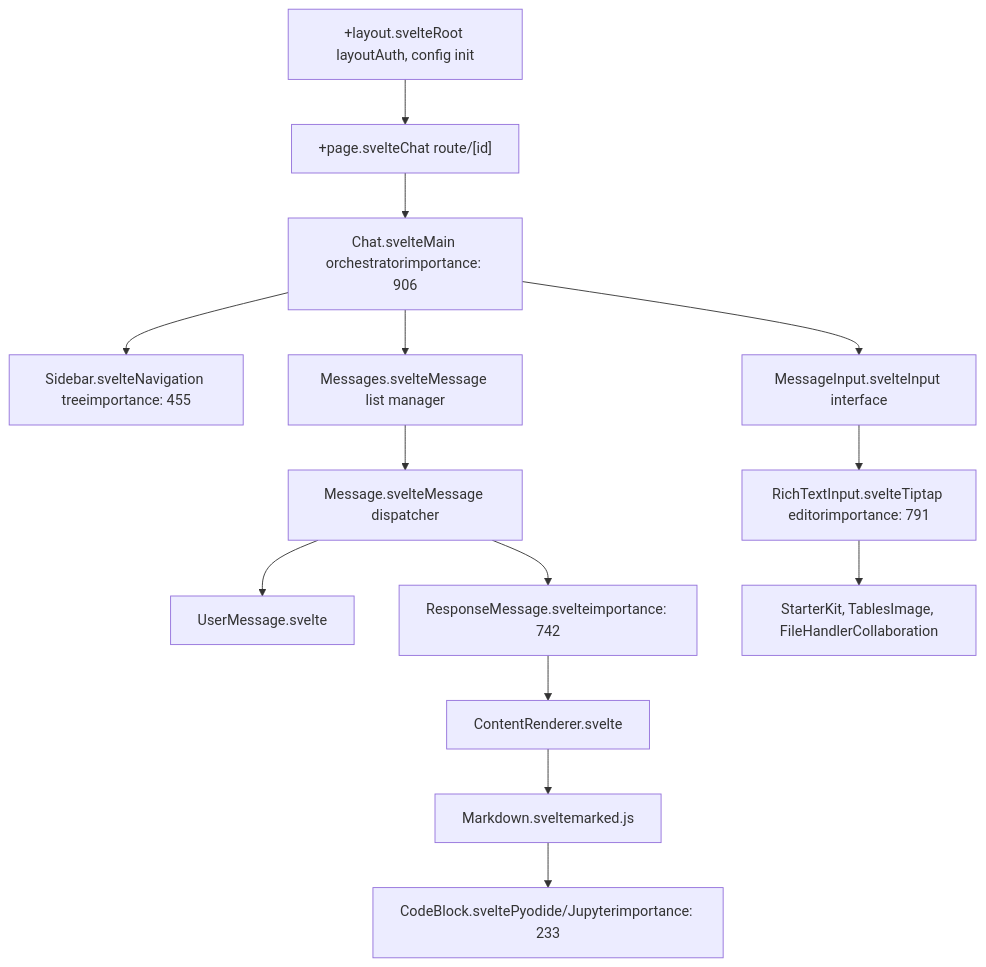
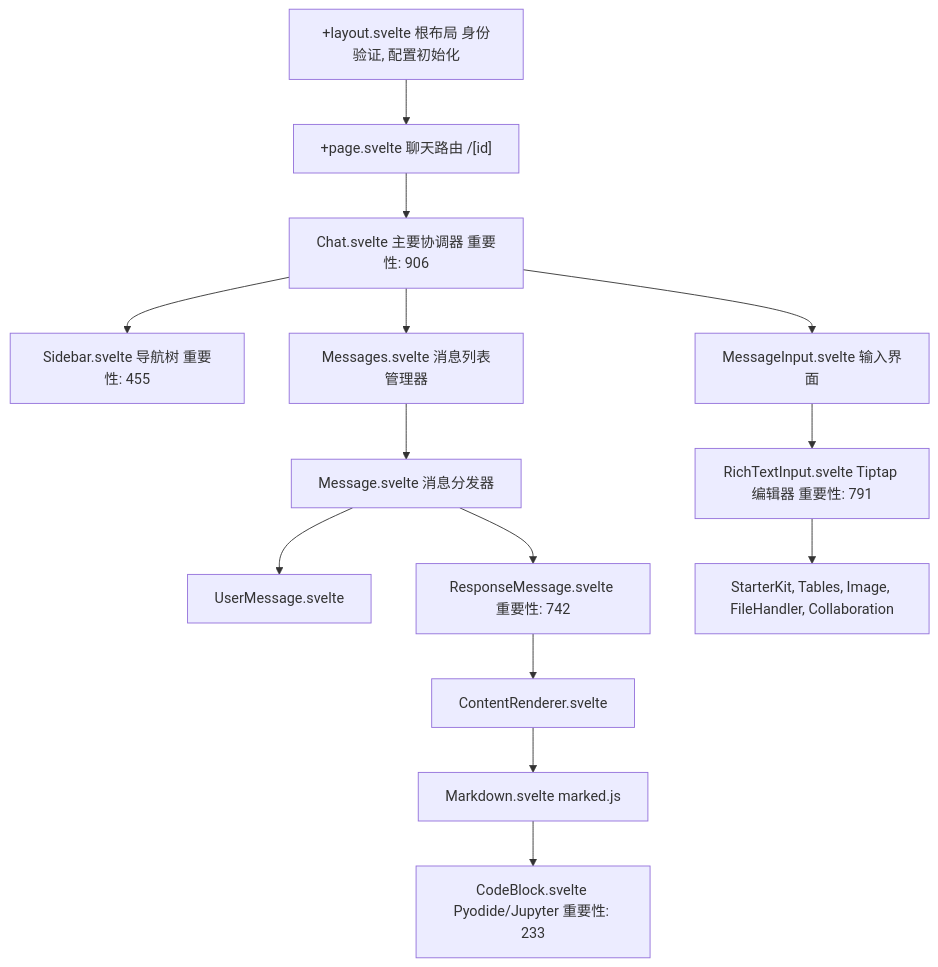
One commit to Chesszyh/Wiki changed the sixth of 7 diagrams in tests/open-webui_deepwiki/zh/1-overview.md. Above: the diagram before and after it, drawn with Mermaid. The commit also changed other lines of this file and 234 other files, not shown here.

````diff
--- a/tests/open-webui_deepwiki/zh/1-overview.md
+++ b/tests/open-webui_deepwiki/zh/1-overview.md
@@ -326,31 +326,31 @@
 ```mermaid
 flowchart TD
-    Layout["+layout.svelteRoot layoutAuth, config init"]
-    ChatRoute["+page.svelteChat route/[id]"]
-    ChatSvelte["Chat.svelteMain orchestratorimportance: 906"]
-    Sidebar["Sidebar.svelteNavigation treeimportance: 455"]
-    MessagesSvelte["Messages.svelteMessage list manager"]
-    MessageInput["MessageInput.svelteInput interface"]
-    Message["Message.svelteMessage dispatcher"]
+    Layout["+layout.svelte 根布局 身份验证, 配置初始化"]
+    ChatRoute["+page.svelte 聊天路由 /[id]"]
+    ChatSvelte["Chat.svelte 主要协调器 重要性: 906"]
+    Sidebar["Sidebar.svelte 导航树 重要性: 455"]
+    MessagesSvelte["Messages.svelte 消息列表管理器"]
+    MessageInput["MessageInput.svelte 输入界面"]
+    Message["Message.svelte 消息分发器"]
     UserMessage["UserMessage.svelte"]
-    ResponseMessage["ResponseMessage.svelteimportance: 742"]
+    ResponseMessage["ResponseMessage.svelte 重要性: 742"]
     ContentRenderer["ContentRenderer.svelte"]
-    MarkdownSvelte["Markdown.sveltemarked.js"]
-    CodeBlock["CodeBlock.sveltePyodide/Jupyterimportance: 233"]
-    RichTextInput["RichTextInput.svelteTiptap editorimportance: 791"]
-    Extensions["StarterKit, TablesImage, FileHandlerCollaboration"]
+    MarkdownSvelte["Markdown.svelte marked.js"]
+    CodeBlock["CodeBlock.svelte Pyodide/Jupyter 重要性: 233"]
+    RichTextInput["RichTextInput.svelte Tiptap 编辑器 重要性: 791"]
+    Extensions["StarterKit, Tables, Image, FileHandler, Collaboration"]
 
     Layout --> ChatRoute
     ChatRoute --> ChatSvelte
     ChatSvelte --> Sidebar
     ChatSvelte --> MessagesSvelte
     ChatSvelte --> MessageInput
     MessagesSvelte --> Message
     Message --> UserMessage
     Message --> ResponseMessage
     ResponseMessage --> ContentRenderer
     ContentRenderer --> MarkdownSvelte
     MarkdownSvelte --> CodeBlock
     MessageInput --> RichTextInput
     RichTextInput --> Extensions
 ```
````
